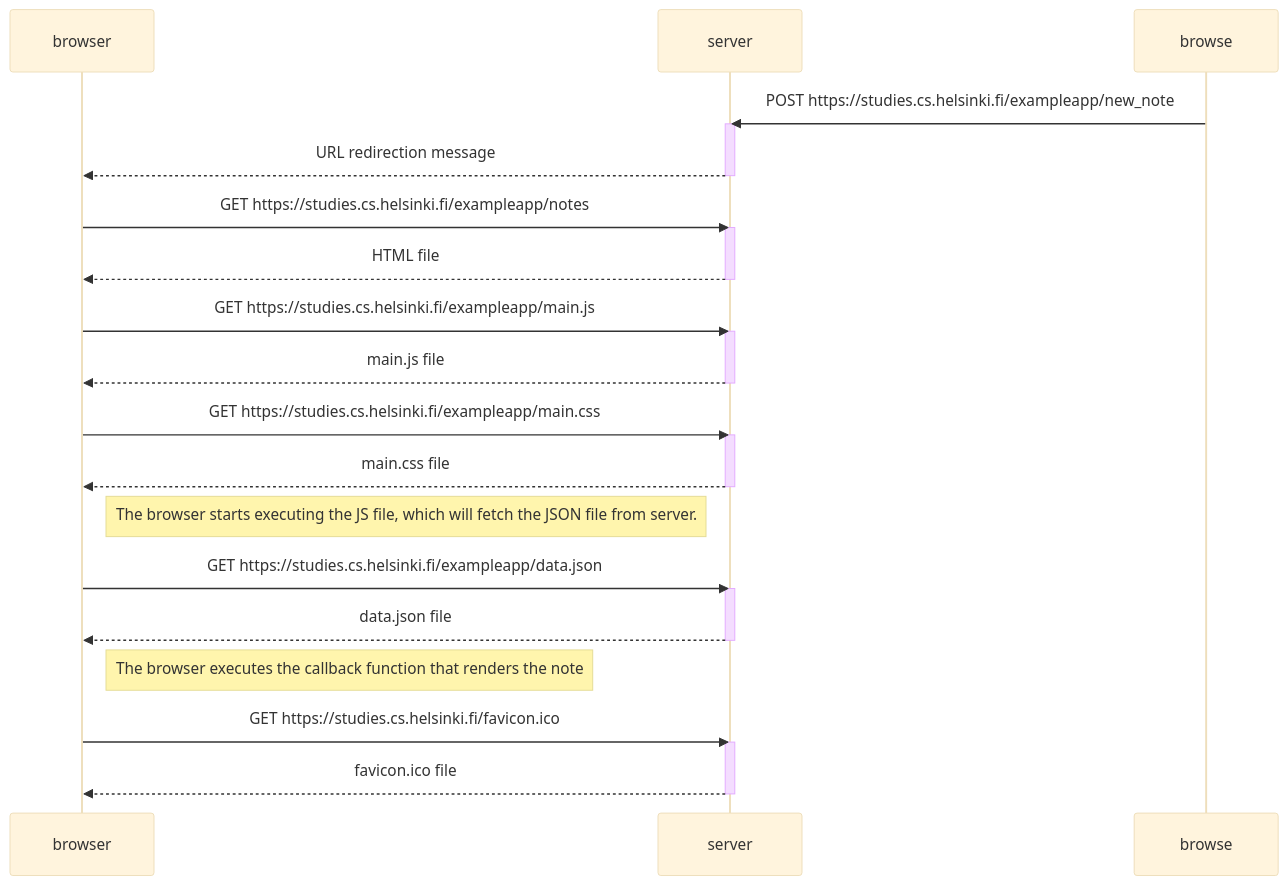
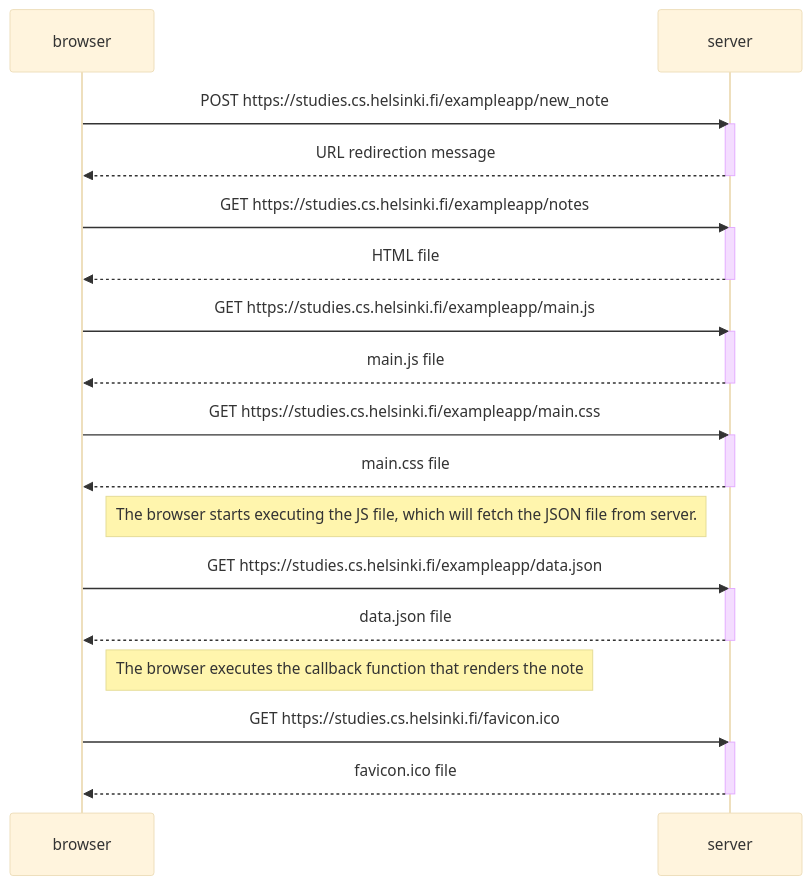
One commit to afsuyadi/full-stack-open changed the diagram in part_0/04_new_note.md. Above: the diagram before and after it, drawn with Mermaid (base theme).

````diff
--- a/part_0/04_new_note.md
+++ b/part_0/04_new_note.md
@@ -1,40 +1,40 @@
 ```mermaid
 sequenceDiagram
 participant browser
 participant server
 
-	browse->>server: POST https://studies.cs.helsinki.fi/exampleapp/new_note
+	browser->>server: POST https://studies.cs.helsinki.fi/exampleapp/new_note
 	activate server
 	server-->>browser: URL redirection message
 	deactivate server
 	
 	browser->>server: GET https://studies.cs.helsinki.fi/exampleapp/notes
 	activate server
 	server-->>browser: HTML file
 	deactivate server
 	
 	browser->>server: GET https://studies.cs.helsinki.fi/exampleapp/main.js
 	activate server
 	server-->>browser: main.js file
 	deactivate server
 	
 	browser->>server: GET https://studies.cs.helsinki.fi/exampleapp/main.css
 	activate server
 	server-->>browser: main.css file
 	deactivate server
 	
 	Note right of browser: The browser starts executing the JS file, which will fetch the JSON file from server.
 	
 	browser->>server: GET https://studies.cs.helsinki.fi/exampleapp/data.json
 	activate server
 	server-->>browser: data.json file
 	deactivate server
 	
 	Note right of browser: The browser executes the callback function that renders the note
 	
 	browser->>server: GET https://studies.cs.helsinki.fi/favicon.ico
 	activate server
 	server-->>browser: favicon.ico file
 	deactivate server
 
 ```
````
